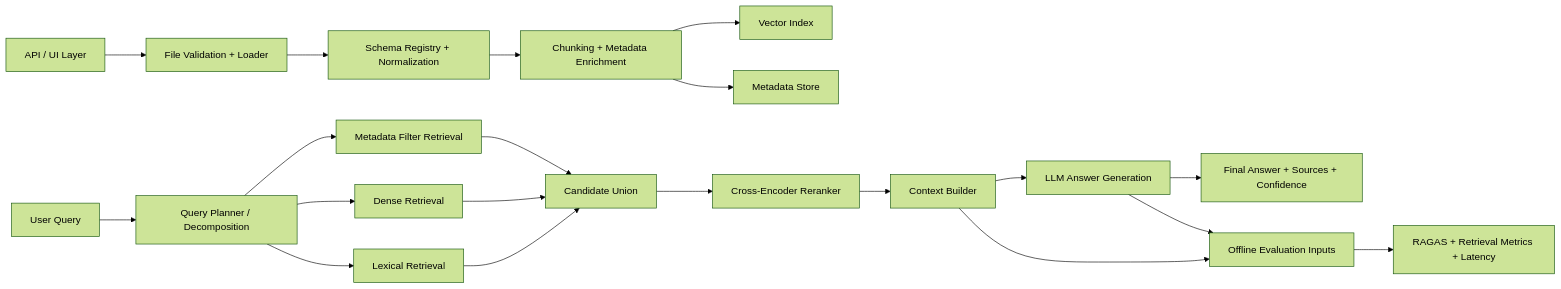
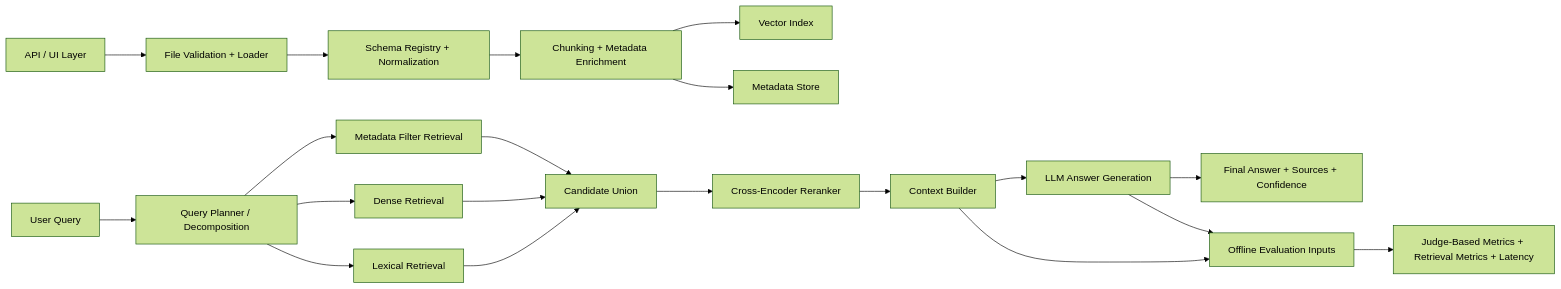
One commit to Prudhvi333333/evAutomationUpdated changed the diagram in ARCHITECTURE_REVIEW.md. Above: the diagram before and after it, drawn with Mermaid (forest theme). The commit also changed other lines of this file and 24 other files, not shown here.

````diff
--- a/ARCHITECTURE_REVIEW.md
+++ b/ARCHITECTURE_REVIEW.md
@@ -26,27 +26,27 @@
 ```mermaid
 flowchart LR
     A[API / UI Layer] --> B[File Validation + Loader]
     B --> C[Schema Registry + Normalization]
     C --> D[Chunking + Metadata Enrichment]
 
     D --> E1[Vector Index]
     D --> E2[Metadata Store]
 
     Q[User Query] --> P[Query Planner / Decomposition]
     P --> F1[Metadata Filter Retrieval]
     P --> F2[Dense Retrieval]
     P --> F3[Lexical Retrieval]
 
     F1 --> G[Candidate Union]
     F2 --> G
     F3 --> G
 
     G --> H[Cross-Encoder Reranker]
     H --> I[Context Builder]
     I --> J[LLM Answer Generation]
     J --> K[Final Answer + Sources + Confidence]
 
     I --> L[Offline Evaluation Inputs]
     J --> L
-    L --> M[RAGAS + Retrieval Metrics + Latency]
+    L --> M[Judge-Based Metrics + Retrieval Metrics + Latency]
 ```
````
